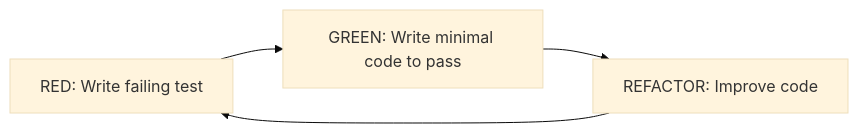
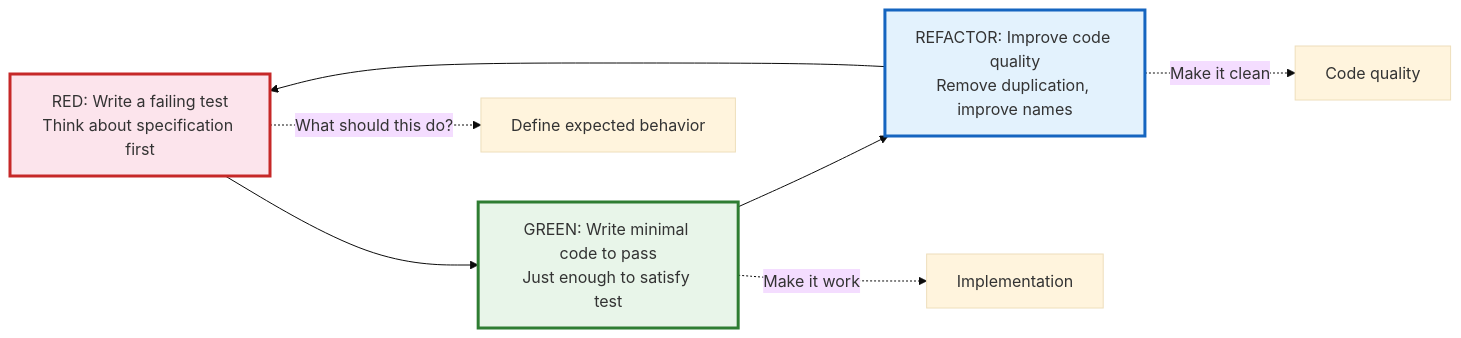
One commit to Raushan666java/ai-engineering-journey changed the fifth of 7 diagrams in docs/courses/software-engineering/06-testing.md. Above: the diagram before and after it, drawn with Mermaid (base theme). The commit also changed other lines of this file and 15 other files, not shown here.

Commit message:
deploy: software-engineering overhaul - 16 chapters expanded to avg 1284L (+7649L), richer Mermaid, more TS, deeper content

````diff
--- a/docs/courses/software-engineering/06-testing.md
+++ b/docs/courses/software-engineering/06-testing.md
@@ -181,6 +279,14 @@
 ```mermaid
 graph LR
-    RED[RED: Write failing test] --> GREEN[GREEN: Write minimal code to pass]
-    GREEN --> REFACTOR[REFACTOR: Improve code]
+    classDef red fill:#fce4ec,stroke:#c62828,stroke-width:3px
+    classDef green fill:#e8f5e9,stroke:#2e7d32,stroke-width:3px
+    classDef ref fill:#e3f2fd,stroke:#1565c0,stroke-width:3px
+
+    RED[RED: Write a failing test<br>Think about specification first]:::red --> GREEN[GREEN: Write minimal code to pass<br>Just enough to satisfy test]:::green
+    GREEN --> REFACTOR[REFACTOR: Improve code quality<br>Remove duplication, improve names]:::ref
     REFACTOR --> RED
+    
+    RED -.->|"What should this do?"| SPEC[Define expected behavior]
+    GREEN -.->|"Make it work"| IMPL[Implementation]
+    REFACTOR -.->|"Make it clean"| QUALITY[Code quality]
 ```
````
